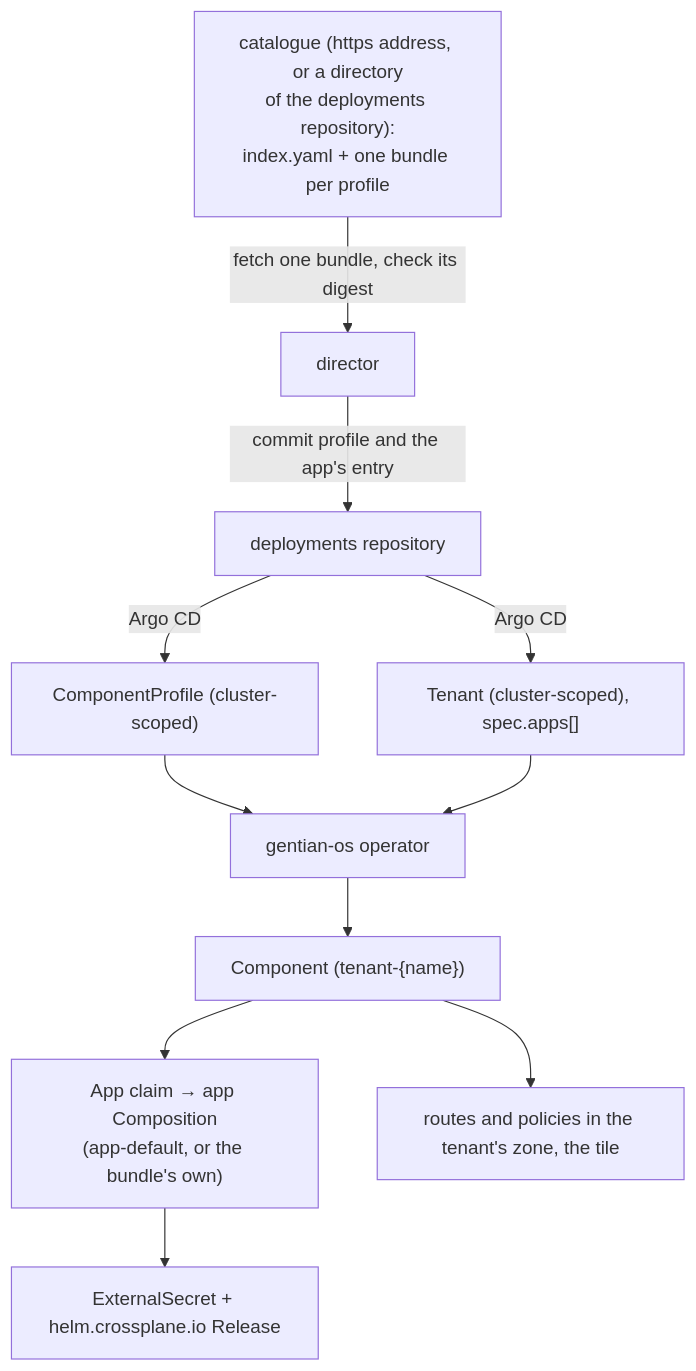
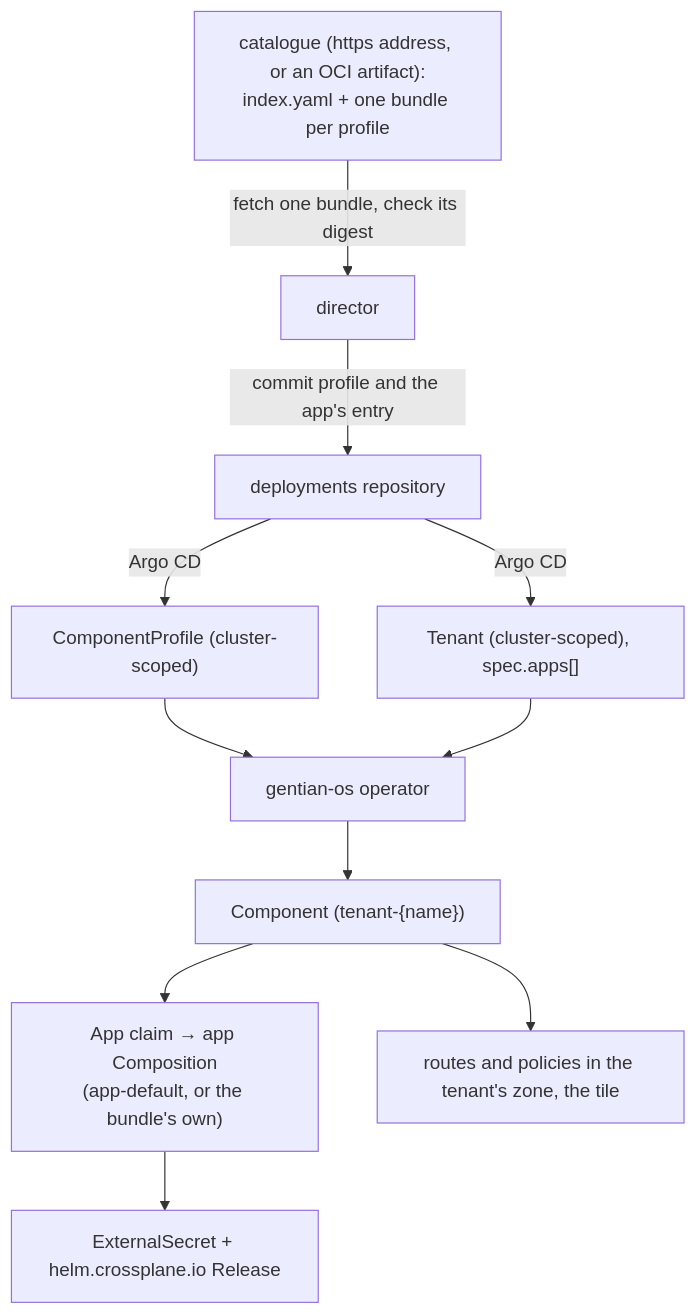
One commit to gentian-org/gentian-os changed the first of 2 diagrams in docs/design/app-catalogue.md. Above: the diagram before and after it, drawn with Mermaid. The commit also changed other lines of this file and 30 other files, not shown here.

First line of the commit message:
A catalogue is never a directory of the deployments repository: the path source is removed

````diff
--- a/docs/design/app-catalogue.md
+++ b/docs/design/app-catalogue.md
@@ -12,21 +12,21 @@
 ```mermaid
 flowchart TD
-    Catalogue["catalogue (https address, or a directory<br>of the deployments repository):<br>index.yaml + one bundle per profile"]
+    Catalogue["catalogue (https address, or an OCI artifact):<br>index.yaml + one bundle per profile"]
     Director["director"]
     Git["deployments repository"]
     Profile["ComponentProfile (cluster-scoped)"]
     Tenant["Tenant (cluster-scoped), spec.apps[]"]
     Operator["gentian-os operator"]
     Component["Component (tenant-{name})"]
     Claim["App claim → app Composition<br>(app-default, or the bundle's own)"]
     Release["ExternalSecret + helm.crossplane.io Release"]
     Routes["routes and policies in the tenant's zone, the tile"]
 
     Catalogue -->|"fetch one bundle, check its digest"| Director
     Director -->|"commit profile and the app's entry"| Git
     Git -->|"Argo CD"| Profile & Tenant
     Profile & Tenant --> Operator
     Operator --> Component
     Component --> Claim --> Release
     Component --> Routes
 ```
````
